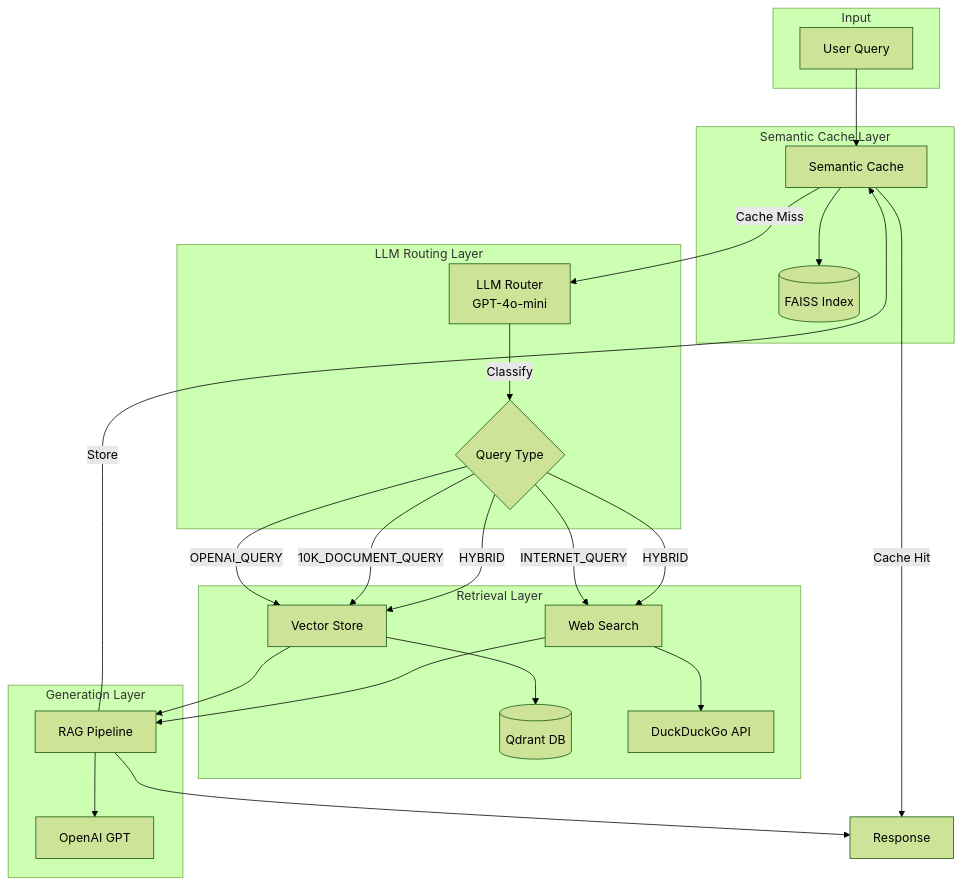
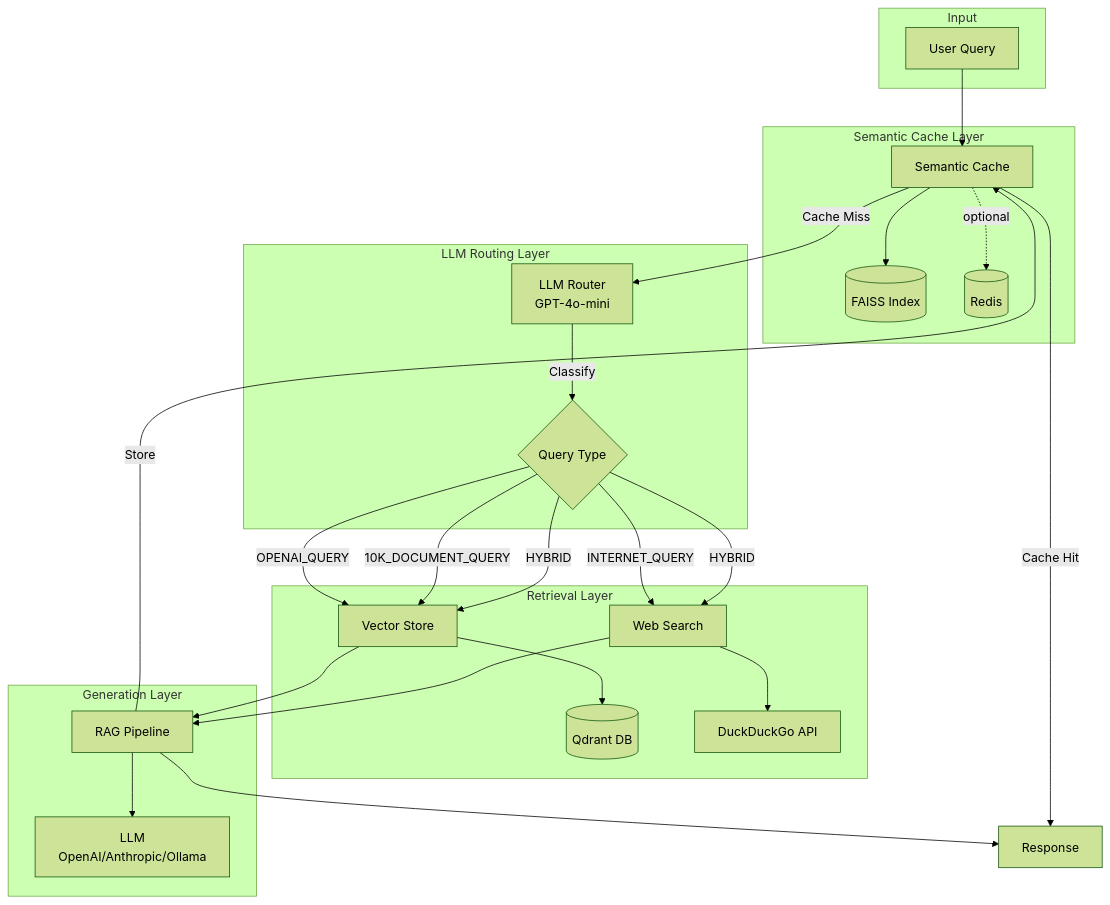
One commit to brianvanko/agentic-search-engine changed the first of 5 diagrams in README.md. Above: the diagram before and after it, drawn with Mermaid (forest theme). The commit also changed other lines of this file and 9 other files, not shown here.

````diff
--- a/README.md
+++ b/README.md
@@ -23,45 +27,47 @@
 ```mermaid
 flowchart TB
     subgraph Input
         U[User Query]
     end
 
     subgraph "Semantic Cache Layer"
         SC[Semantic Cache]
         FAISS[(FAISS Index)]
+        REDIS[(Redis)]
         SC --> FAISS
+        SC -.->|optional| REDIS
     end
 
     subgraph "LLM Routing Layer"
         LLM_R[LLM Router<br/>GPT-4o-mini]
         LLM_R -->|Classify| DECISION{Query Type}
     end
 
     subgraph "Retrieval Layer"
         VS[Vector Store]
         QD[(Qdrant DB)]
         WS[Web Search]
         DDG[DuckDuckGo API]
         VS --> QD
         WS --> DDG
     end
 
     subgraph "Generation Layer"
         RAG[RAG Pipeline]
-        GPT[OpenAI GPT]
-        RAG --> GPT
+        LLM_GEN[LLM<br/>OpenAI/Anthropic/Ollama]
+        RAG --> LLM_GEN
     end
 
     U --> SC
     SC -->|Cache Hit| R[Response]
     SC -->|Cache Miss| LLM_R
     DECISION -->|OPENAI_QUERY| VS
     DECISION -->|10K_DOCUMENT_QUERY| VS
     DECISION -->|INTERNET_QUERY| WS
     DECISION -->|HYBRID| VS
     DECISION -->|HYBRID| WS
     VS --> RAG
     WS --> RAG
     RAG --> R
     RAG -->|Store| SC
 ```
````
